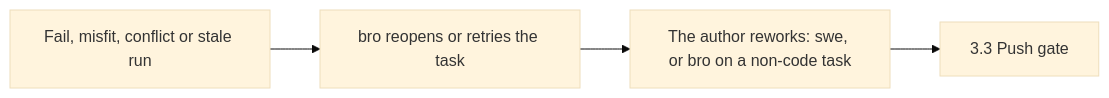
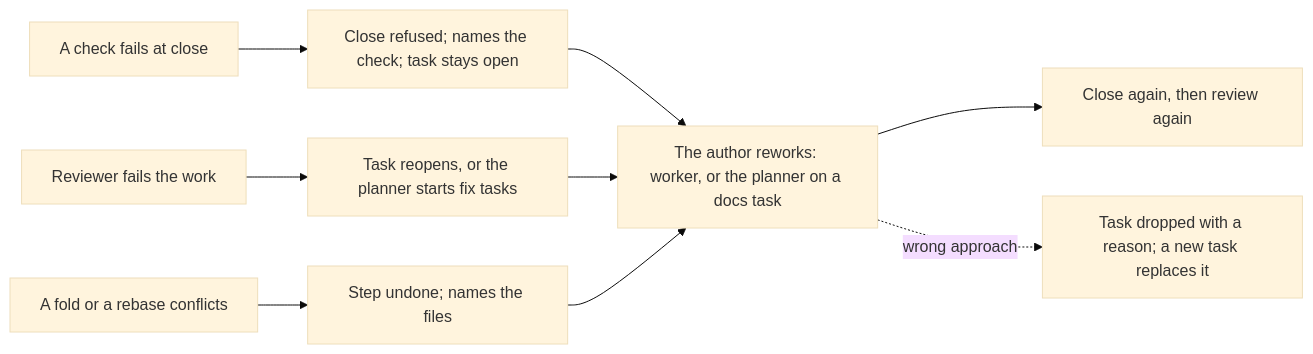
One commit to trustmybot/tmb changed the tenth of 24 diagrams in docs/architecture/FLOWS.md. Above: the diagram before and after it, drawn with Mermaid (base theme). The commit also changed other lines of this file and 38 other files, not shown here.

````diff
--- a/docs/architecture/FLOWS.md
+++ b/docs/architecture/FLOWS.md
@@ -132,6 +171,11 @@
 ```mermaid
 flowchart LR
-    A[Fail, misfit, conflict or stale run] --> B[bro reopens or retries the task]
-    B --> C[The author reworks: swe, or bro on a non-code task]
-    C --> D[3.3 Push gate]
+    A["A check fails at close"] --> B["Close refused; names the check; task stays open"]
+    C["Reviewer fails the work"] --> D["Task reopens, or the planner starts fix tasks"]
+    E["A fold or a rebase conflicts"] --> F["Step undone; names the files"]
+    B --> G["The author reworks: worker, or the planner on a docs task"]
+    D --> G
+    F --> G
+    G --> H["Close again, then review again"]
+    G -. wrong approach .-> I["Task dropped with a reason; a new task replaces it"]
 ```
````
